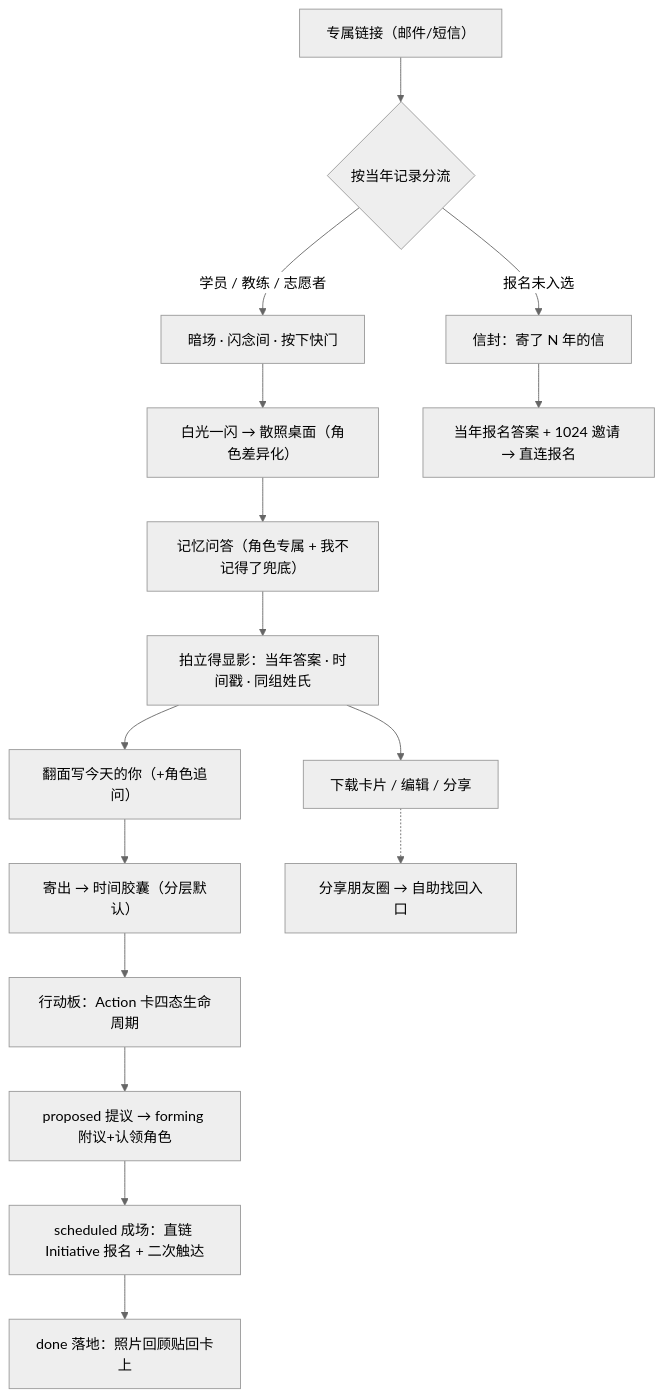
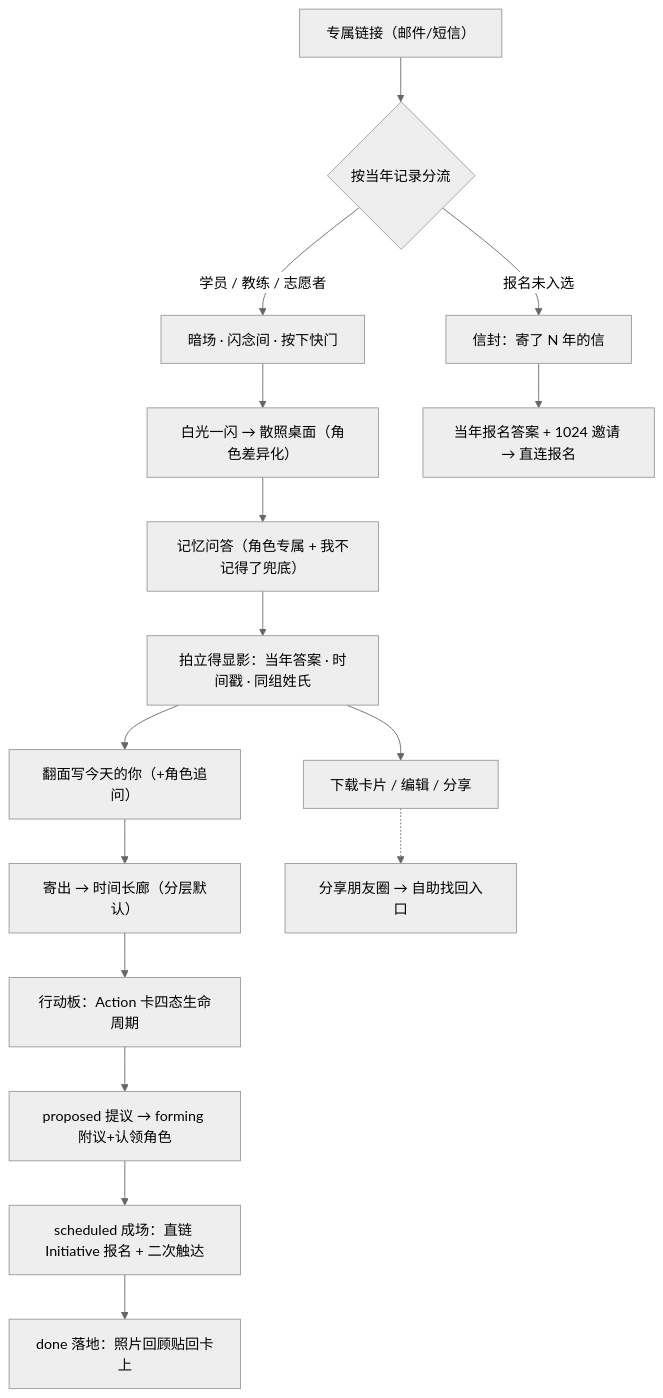
The first of 3 diagrams in docs/plans/2026-09-17-2032-feat-in-a-flash-reconnect-plan.md (CodingGirlsClub/cgc_2046), drawn with Mermaid (neutral theme) before and after one commit. The commit also changed other lines of this file and 13 other files, not shown here.

````diff
--- a/docs/plans/2026-09-17-2032-feat-in-a-flash-reconnect-plan.md
+++ b/docs/plans/2026-09-17-2032-feat-in-a-flash-reconnect-plan.md
@@ -128,18 +128,18 @@
 ```mermaid
 flowchart TB
     A["专属链接（邮件/短信）"] --> B{"按当年记录分流"}
     B -->|"学员 / 教练 / 志愿者"| C["暗场 · 闪念间 · 按下快门"]
     B -->|"报名未入选"| L["信封：寄了 N 年的信"]
     C --> D["白光一闪 → 散照桌面（角色差异化）"]
     D --> E["记忆问答（角色专属 + 我不记得了兜底）"]
     E --> F["拍立得显影：当年答案 · 时间戳 · 同组姓氏"]
     L --> M["当年报名答案 + 1024 邀请 → 直连报名"]
     F --> G["翻面写今天的你（+角色追问）"]
     F --> H["下载卡片 / 编辑 / 分享"]
-    G --> I["寄出 → 时间胶囊（分层默认）"]
+    G --> I["寄出 → 时间长廊（分层默认）"]
     I --> J["行动板：Action 卡四态生命周期"]
     J --> J1["proposed 提议 → forming 附议+认领角色"]
     J1 --> J2["scheduled 成场：直链 Initiative 报名 + 二次触达"]
     J2 --> J3["done 落地：照片回顾贴回卡上"]
     H -.-> K["分享朋友圈 → 自助找回入口"]
 ```
````
